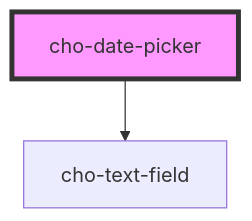
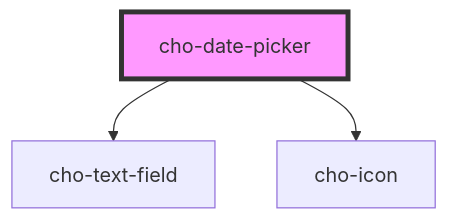
Before and after one commit to razvangeangu/cho-design-system: the diagram in packages/cho-components/src/components/inputs/date-picker/readme.md, drawn with Mermaid. The commit also changed other lines of this file and 22 other files, not shown here.

````diff
--- a/packages/cho-components/src/components/inputs/date-picker/readme.md
+++ b/packages/cho-components/src/components/inputs/date-picker/readme.md
@@ -36,5 +37,6 @@
 ```mermaid
 graph TD;
   cho-date-picker --> cho-text-field
+  cho-date-picker --> cho-icon
   style cho-date-picker fill:#f9f,stroke:#333,stroke-width:4px
 ```
````
